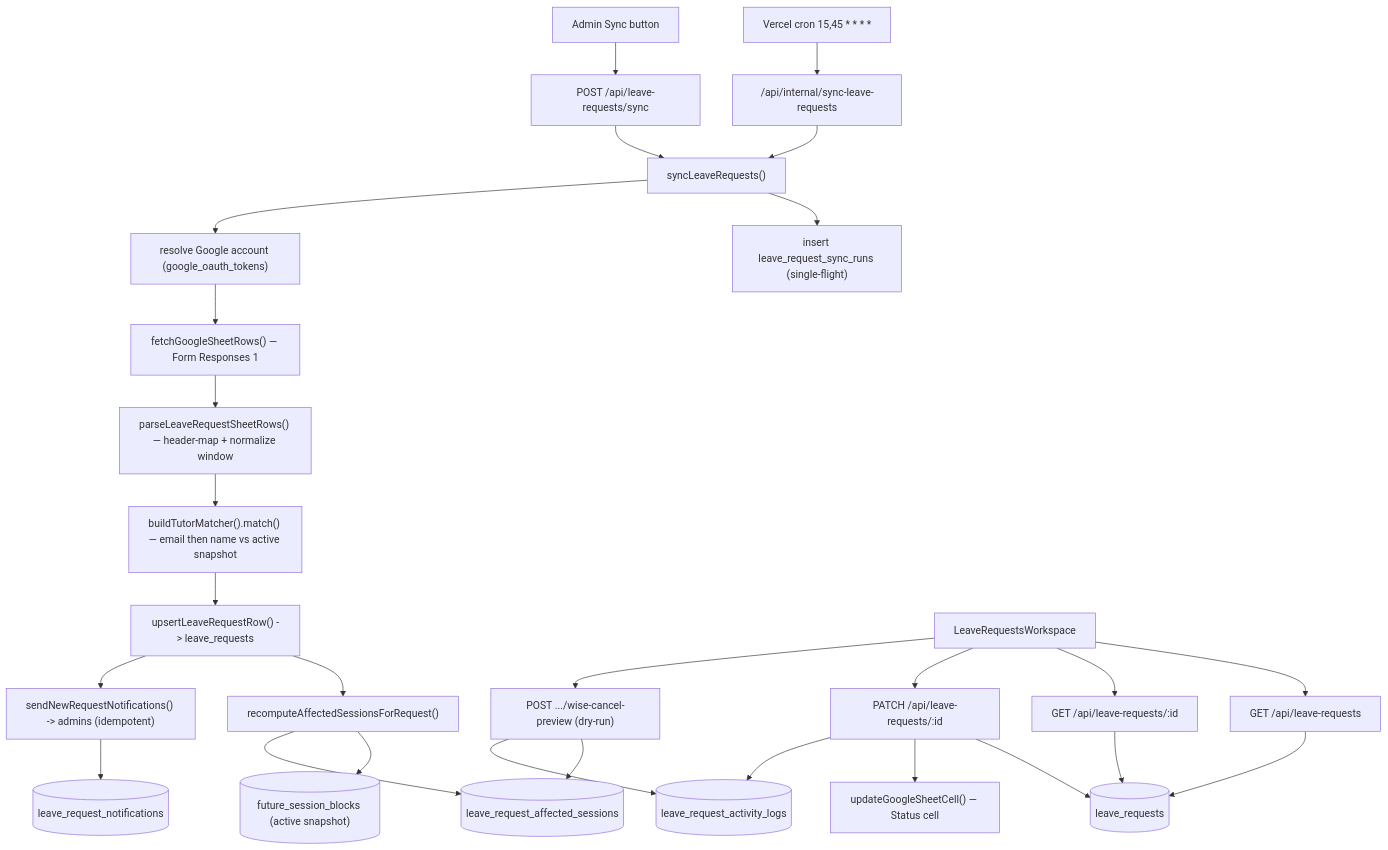
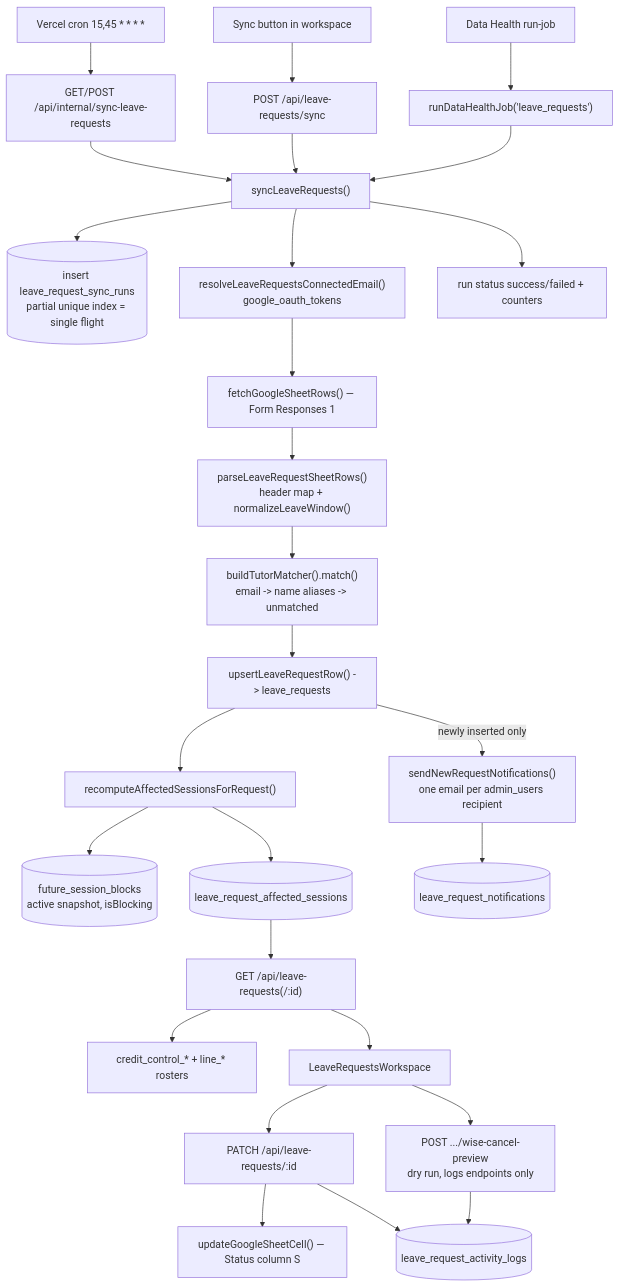
The diagram in docs/features/leave-requests.md (kasheesh711/bgscheduler), drawn with Mermaid before and after one commit. The commit also changed other lines of this file and 71 other files, not shown here.

````diff
--- a/docs/features/leave-requests.md
+++ b/docs/features/leave-requests.md
@@ -54,31 +62,31 @@
 ```mermaid
 flowchart TD
-  Cron["Vercel cron 15,45 * * * *"] --> SyncRoute["/api/internal/sync-leave-requests"]
-  AdminSync["Admin Sync button"] --> ManualRoute["POST /api/leave-requests/sync"]
-  SyncRoute --> Sync["syncLeaveRequests()"]
+  Cron["Vercel cron 15,45 * * * *"] --> CronRoute["GET/POST /api/internal/sync-leave-requests"]
+  AdminBtn["Sync button in workspace"] --> ManualRoute["POST /api/leave-requests/sync"]
+  DataHealth["Data Health run-job"] --> RunJob["runDataHealthJob('leave_requests')"]
+  CronRoute --> Sync["syncLeaveRequests()"]
   ManualRoute --> Sync
+  RunJob --> Sync
 
-  Sync --> Run["insert leave_request_sync_runs (single-flight)"]
-  Sync --> Email["resolve Google account (google_oauth_tokens)"]
-  Email --> Fetch["fetchGoogleSheetRows() — Form Responses 1"]
-  Fetch --> Parse["parseLeaveRequestSheetRows() — header-map + normalize window"]
-  Parse --> Match["buildTutorMatcher().match() — email then name vs active snapshot"]
+  Sync --> Run[("insert leave_request_sync_runs<br/>partial unique index = single flight")]
+  Sync --> Token["resolveLeaveRequestsConnectedEmail()<br/>google_oauth_tokens"]
+  Token --> Fetch["fetchGoogleSheetRows() — Form Responses 1"]
+  Fetch --> Parse["parseLeaveRequestSheetRows()<br/>header map + normalizeLeaveWindow()"]
+  Parse --> Match["buildTutorMatcher().match()<br/>email -> name aliases -> unmatched"]
   Match --> Upsert["upsertLeaveRequestRow() -> leave_requests"]
   Upsert --> Recompute["recomputeAffectedSessionsForRequest()"]
-  Recompute --> FSB[("future_session_blocks (active snapshot)")]
+  Recompute --> FSB[("future_session_blocks<br/>active snapshot, isBlocking")]
   Recompute --> Affected[("leave_request_affected_sessions")]
-  Upsert --> Notify["sendNewRequestNotifications() -> admins (idempotent)"]
+  Upsert -->|newly inserted only| Notify["sendNewRequestNotifications()<br/>one email per admin_users recipient"]
   Notify --> Notifs[("leave_request_notifications")]
+  Sync --> Finish["run status success/failed + counters"]
 
-  UI["LeaveRequestsWorkspace"] --> List["GET /api/leave-requests"]
-  UI --> Detail["GET /api/leave-requests/:id"]
+  Affected --> Api["GET /api/leave-requests(/:id)"]
+  Api --> Roster["credit_control_* + line_* rosters"]
+  Api --> UI["LeaveRequestsWorkspace"]
   UI --> Patch["PATCH /api/leave-requests/:id"]
-  UI --> Preview["POST .../wise-cancel-preview (dry-run)"]
-  List --> LR[("leave_requests")]
-  Detail --> LR
-  Patch --> LR
-  Patch --> SheetWrite["updateGoogleSheetCell() — Status cell"]
-  Preview --> Affected
+  Patch --> SheetWrite["updateGoogleSheetCell() — Status column S"]
   Patch --> Logs[("leave_request_activity_logs")]
+  UI --> Preview["POST .../wise-cancel-preview<br/>dry run, logs endpoints only"]
   Preview --> Logs
 ```
````
